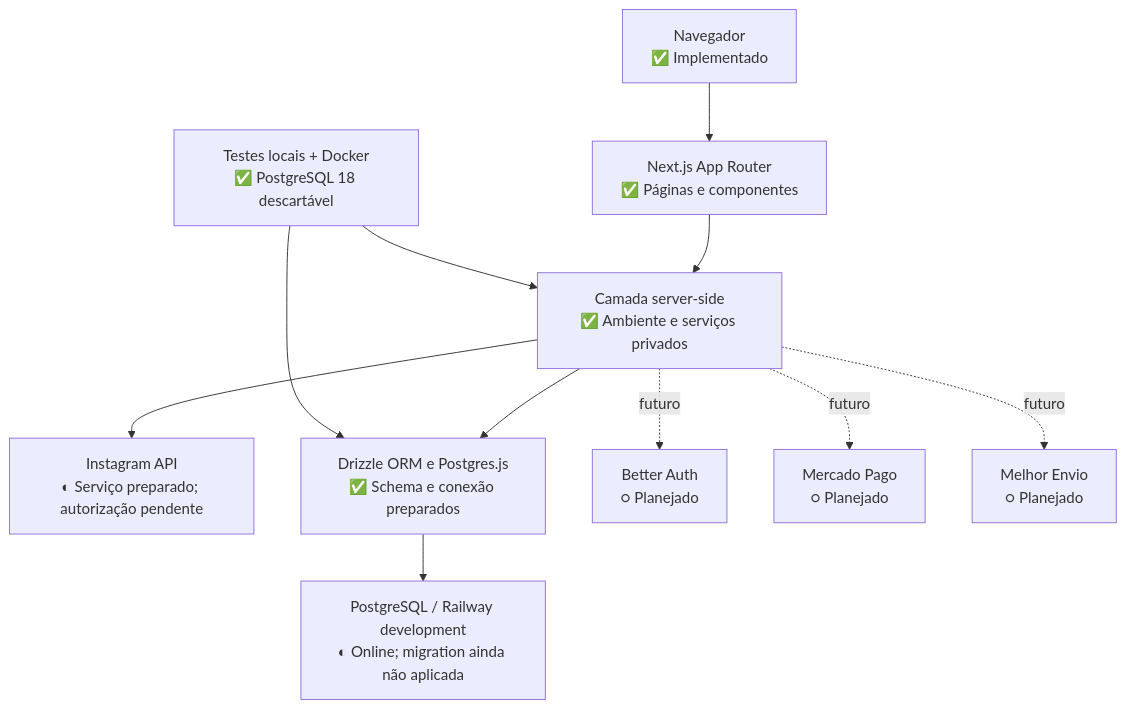
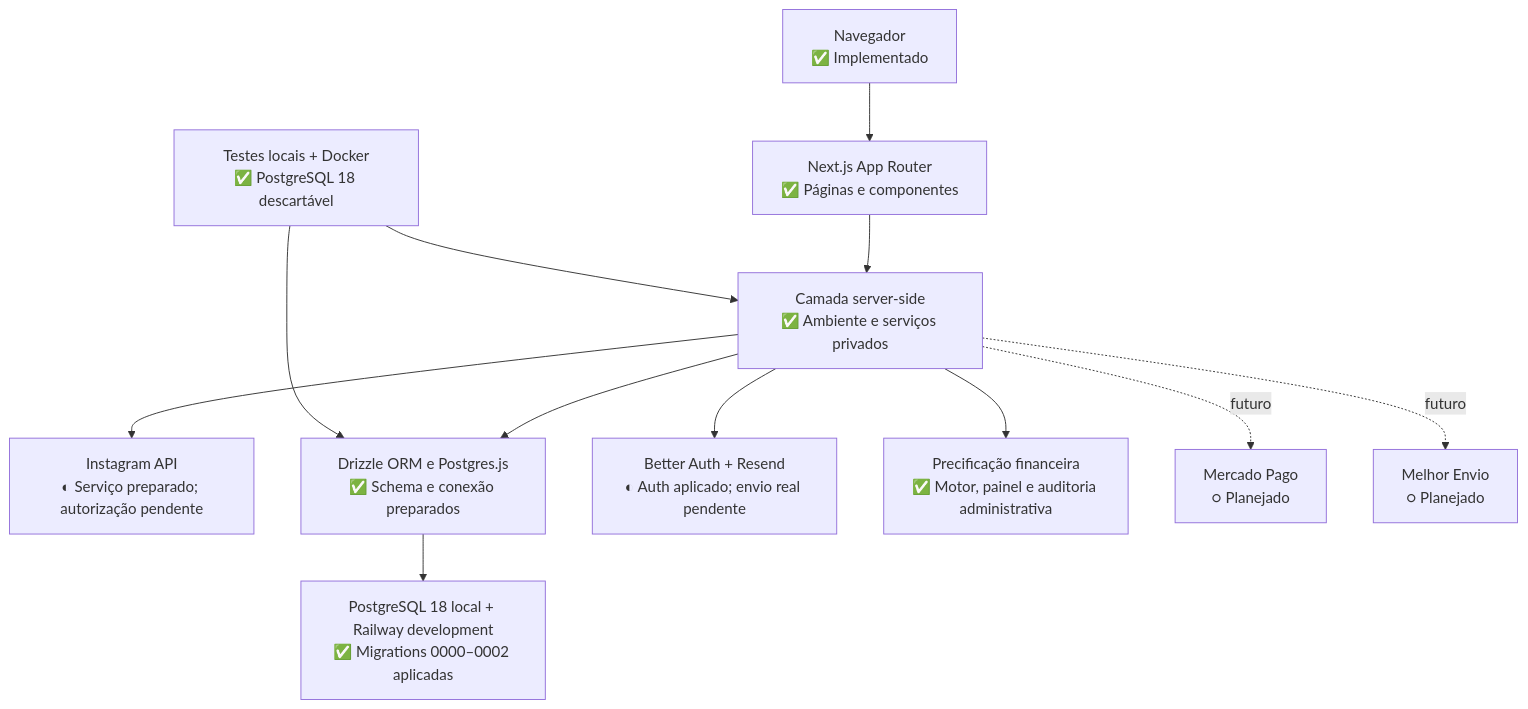
The diagram in README.md (mariafferrazz/collab-lumiar), drawn with Mermaid before and after one commit. The commit also changed other lines of this file and 14 other files, not shown here.

````diff
--- a/README.md
+++ b/README.md
@@ -102,13 +131,14 @@
 ```mermaid
 flowchart TB
   browser["Navegador\n✅ Implementado"] --> next["Next.js App Router\n✅ Páginas e componentes"]
   next --> server["Camada server-side\n✅ Ambiente e serviços privados"]
   server --> instagram["Instagram API\n◐ Serviço preparado; autorização pendente"]
   server --> drizzle["Drizzle ORM e Postgres.js\n✅ Schema e conexão preparados"]
-  drizzle --> postgres["PostgreSQL / Railway development\n◐ Online; migration ainda não aplicada"]
-  server -. futuro .-> auth["Better Auth\n○ Planejado"]
+  drizzle --> postgres["PostgreSQL 18 local + Railway development\n✅ Migrations 0000–0002 aplicadas"]
+  server --> auth["Better Auth + Resend\n◐ Auth aplicado; envio real pendente"]
+  server --> finance["Precificação financeira\n✅ Motor, painel e auditoria administrativa"]
   server -. futuro .-> payment["Mercado Pago\n○ Planejado"]
   server -. futuro .-> shipping["Melhor Envio\n○ Planejado"]
   tests["Testes locais + Docker\n✅ PostgreSQL 18 descartável"] --> server
   tests --> drizzle
 ```
````
